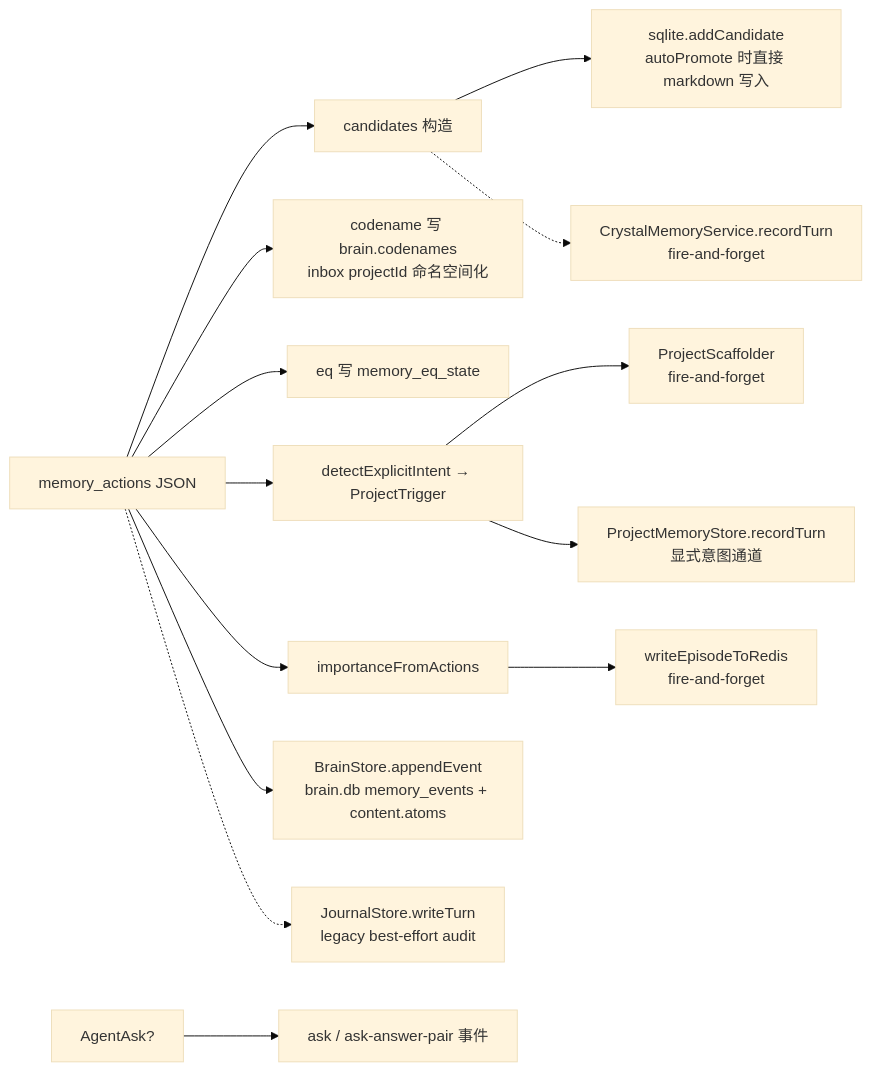
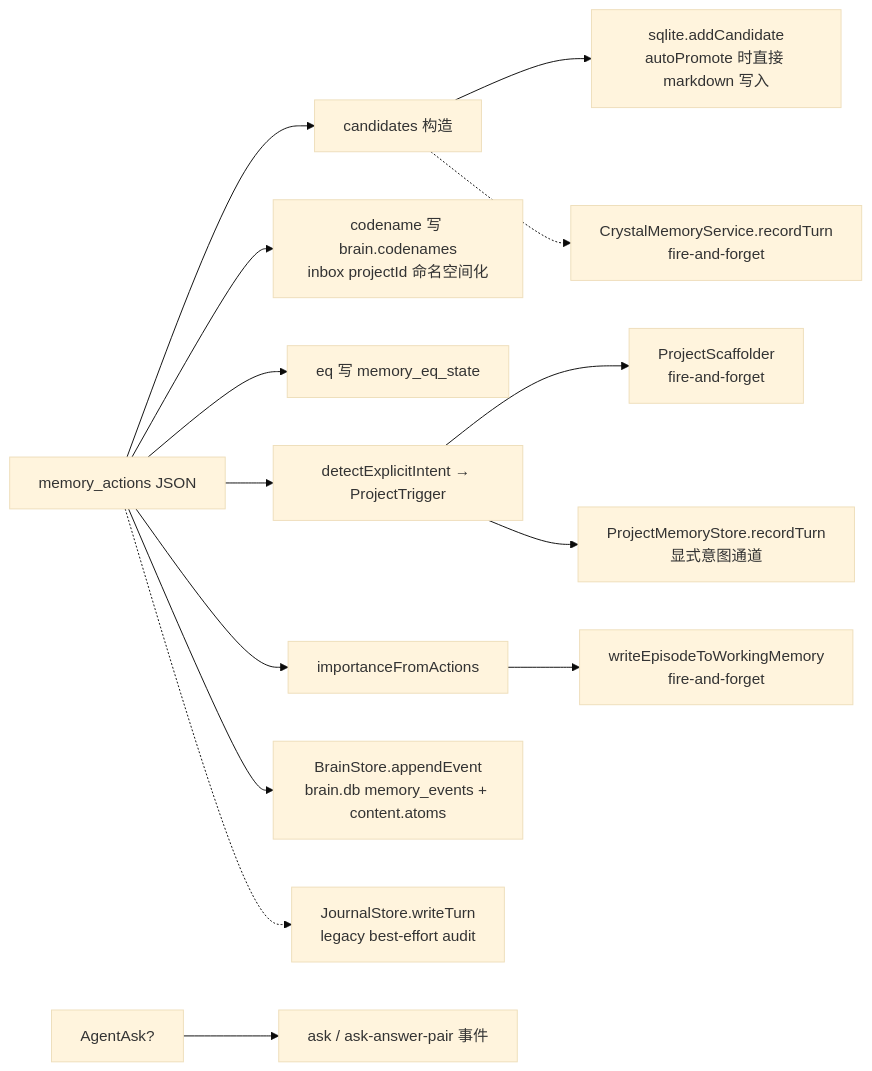
One commit to flyflor/flyflor changed the fifth of 5 diagrams in docs/runtime.turn.md. Above: the diagram before and after it, drawn with Mermaid (base theme). The commit also changed other lines of this file and 40 other files, not shown here.

Commit message:
Align memory components and summary embedding flow

````diff
--- a/docs/runtime.turn.md
+++ b/docs/runtime.turn.md
@@ -192,16 +192,16 @@
 ```mermaid
 flowchart LR
     Action[memory_actions JSON] --> Cand[candidates 构造]
     Action --> Codename[codename 写 brain.codenames<br/>inbox projectId 命名空间化]
     Action --> Eq[eq 写 memory_eq_state]
     Action --> Trig[detectExplicitIntent → ProjectTrigger]
     Action --> Imp[importanceFromActions]
     Ask[AgentAsk?] --> BrainAsk[ask / ask-answer-pair 事件]
-    Imp --> RedisEp[writeEpisodeToRedis<br/>fire-and-forget]
+    Imp --> WorkEp[writeEpisodeToWorkingMemory<br/>fire-and-forget]
     Trig --> ScaffoldP[ProjectScaffolder<br/>fire-and-forget]
     Cand --> SqliteCand[sqlite.addCandidate<br/>autoPromote 时直接 markdown 写入]
     Trig --> ProjectMem[ProjectMemoryStore.recordTurn<br/>显式意图通道]
     Action --> BrainEvent[BrainStore.appendEvent<br/>brain.db memory_events + content.atoms]
     Action -.-> JournalRec[JournalStore.writeTurn<br/>legacy best-effort audit]
     Cand -.-> CrystalAsync[CrystalMemoryService.recordTurn<br/>fire-and-forget]
 ```
````
